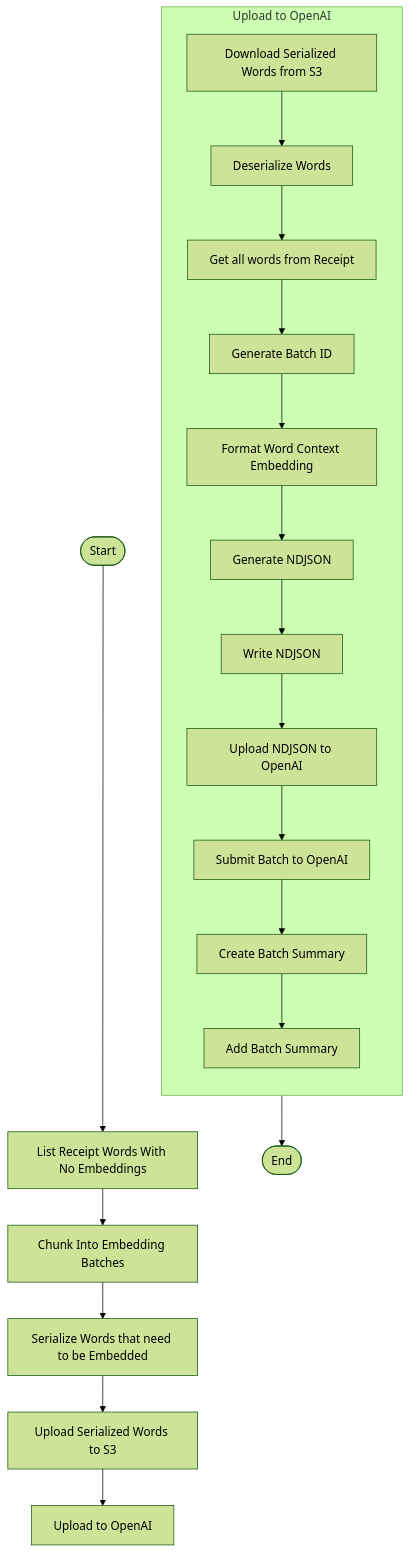
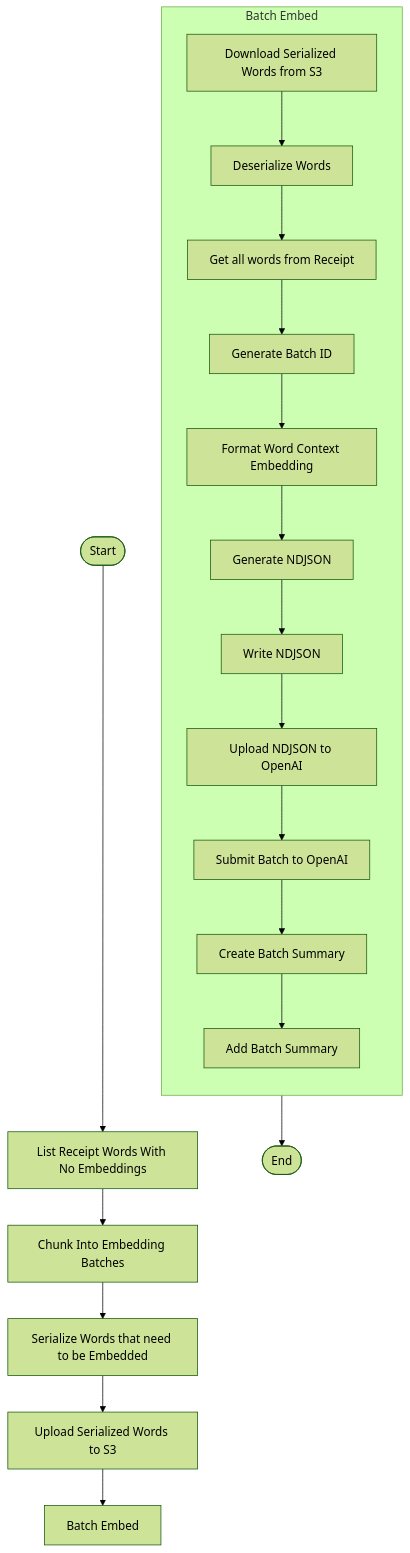
The diagram in receipt_label/receipt_label/submit_embedding_batch/README.md (tnorlund/Portfolio), drawn with Mermaid (forest theme) before and after one commit. The commit also changed other lines of this file, not shown here.

````diff
--- a/receipt_label/receipt_label/submit_embedding_batch/README.md
+++ b/receipt_label/receipt_label/submit_embedding_batch/README.md
@@ -95,25 +107,25 @@
 ```mermaid
 flowchart TD
     start([Start]) --> list_receipt_words_with_no_embeddings["List Receipt Words With No Embeddings"]
     list_receipt_words_with_no_embeddings --> chunk_into_embedding_batches["Chunk Into Embedding Batches"]
     chunk_into_embedding_batches --> serialize_receipt_words["Serialize Words that need to be Embedded"]
     serialize_receipt_words --> upload_serialized_words["Upload Serialized Words to S3"]
-    upload_serialized_words --> upload_to_openai["Upload to OpenAI"]
+    upload_serialized_words --> batch_embed["Batch Embed"]
 
-    subgraph map_chunks["Upload to OpenAI"]
+    subgraph map_chunks["Batch Embed"]
         direction TB
-        download_serialized_words["Download Serialized Words from S3"] --> deserialize_words["Deserialize Words"]
-        deserialize_words --> query_receipt_words["Get all words from Receipt"]
+        download_serialized_words["Download Serialized Words from S3"] --> deserialize_receipt_words["Deserialize Words"]
+        deserialize_receipt_words --> query_receipt_words["Get all words from Receipt"]
         query_receipt_words --> generate_batch_id["Generate Batch ID"]
         generate_batch_id --> format_word_context_embedding["Format Word Context Embedding"]
         format_word_context_embedding --> generate_ndjson["Generate NDJSON"]
         generate_ndjson --> write_ndjson["Write NDJSON"]
-        write_ndjson --> upload_ndjson_to_openai["Upload NDJSON to OpenAI"]
-        upload_ndjson_to_openai --> submit_batch_to_openai["Submit Batch to OpenAI"]
+        write_ndjson --> upload_to_openai["Upload NDJSON to OpenAI"]
+        upload_to_openai --> submit_batch_to_openai["Submit Batch to OpenAI"]
         submit_batch_to_openai --> create_batch_summary["Create Batch Summary"]
         create_batch_summary --> add_batch_summary["Add Batch Summary"]
     end
 
     map_chunks --> END([End])
 
 ```
````
